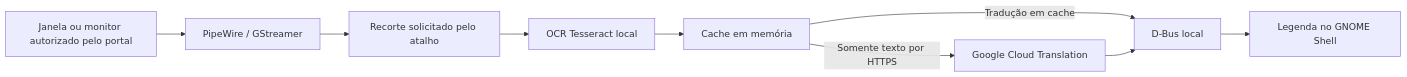
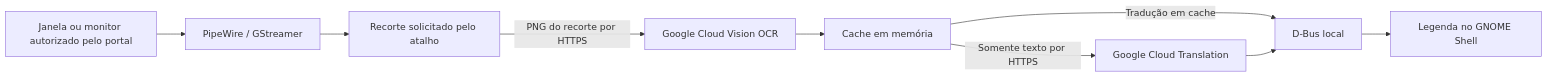
Before and after one commit to leozanchett/pixellingo: the diagram in README.md, drawn with Mermaid. The commit also changed other lines of this file and 17 other files, not shown here.

Commit message:
Use Google Cloud Vision OCR and expire subtitles after 15 seconds

````diff
--- a/README.md
+++ b/README.md
@@ -41,11 +41,11 @@
 ```mermaid
 flowchart LR
     A[Janela ou monitor autorizado pelo portal] --> B[PipeWire / GStreamer]
     B --> C[Recorte solicitado pelo atalho]
-    C --> D[OCR Tesseract local]
+    C -->|PNG do recorte por HTTPS| D[Google Cloud Vision OCR]
     D --> E[Cache em memória]
     E -->|Somente texto por HTTPS| F[Google Cloud Translation]
     E -->|Tradução em cache| G[D-Bus local]
     F --> G
     G --> H[Legenda no GNOME Shell]
 ```
````
